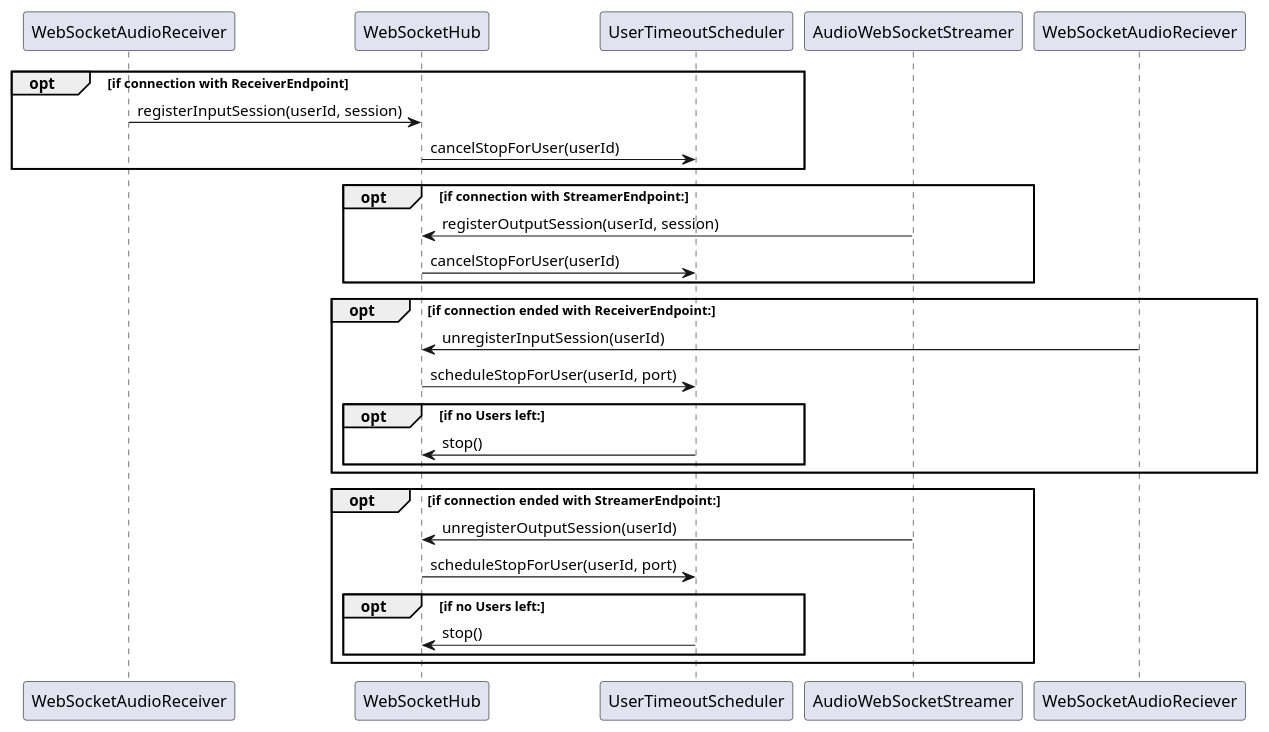
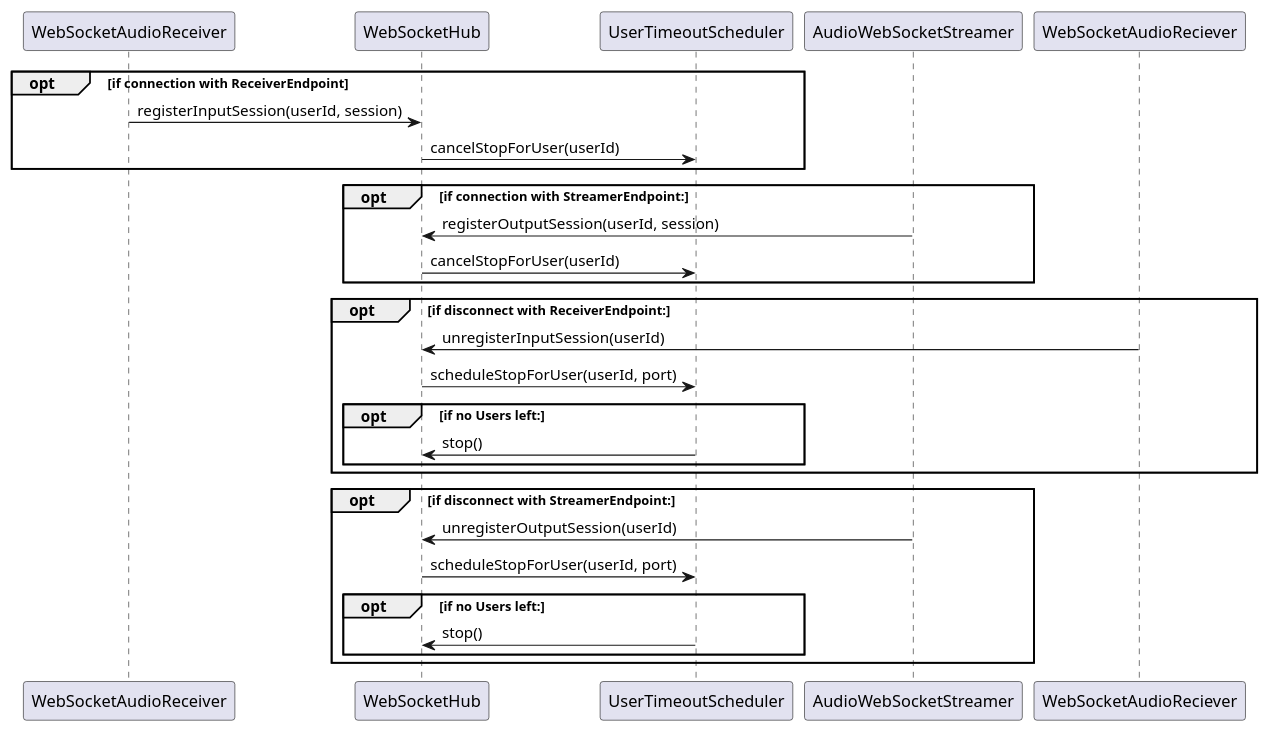
Before and after one commit to SamirLMVielhuber/WebServerDialogOSProject: the diagram in Docu_Web/webServer_2_Connection.puml, drawn with PlantUML. The commit also changed 1 other file, not shown here.

```diff
--- a/Docu_Web/webServer_2_Connection.puml
+++ b/Docu_Web/webServer_2_Connection.puml
@@ -1,27 +1,27 @@
 @startuml Connection
 opt if connection with ReceiverEndpoint
 WebSocketAudioReceiver -> WebSocketHub: registerInputSession(userId, session)
 WebSocketHub -> UserTimeoutScheduler: cancelStopForUser(userId)
 end
 
 opt if connection with StreamerEndpoint:
 AudioWebSocketStreamer -> WebSocketHub: registerOutputSession(userId, session)
 WebSocketHub -> UserTimeoutScheduler: cancelStopForUser(userId)
 end
 
-opt if connection ended with ReceiverEndpoint:
+opt if disconnect with ReceiverEndpoint:
 WebSocketAudioReciever -> WebSocketHub: unregisterInputSession(userId)
 WebSocketHub -> UserTimeoutScheduler: scheduleStopForUser(userId, port)
 opt if no Users left:
 UserTimeoutScheduler -> WebSocketHub: stop()
 end
 end
 
-opt if connection ended with StreamerEndpoint:
+opt if disconnect with StreamerEndpoint:
 AudioWebSocketStreamer -> WebSocketHub: unregisterOutputSession(userId)
 WebSocketHub -> UserTimeoutScheduler: scheduleStopForUser(userId, port)
 opt if no Users left:
 UserTimeoutScheduler -> WebSocketHub: stop()
 end
 end
 @enduml
```
